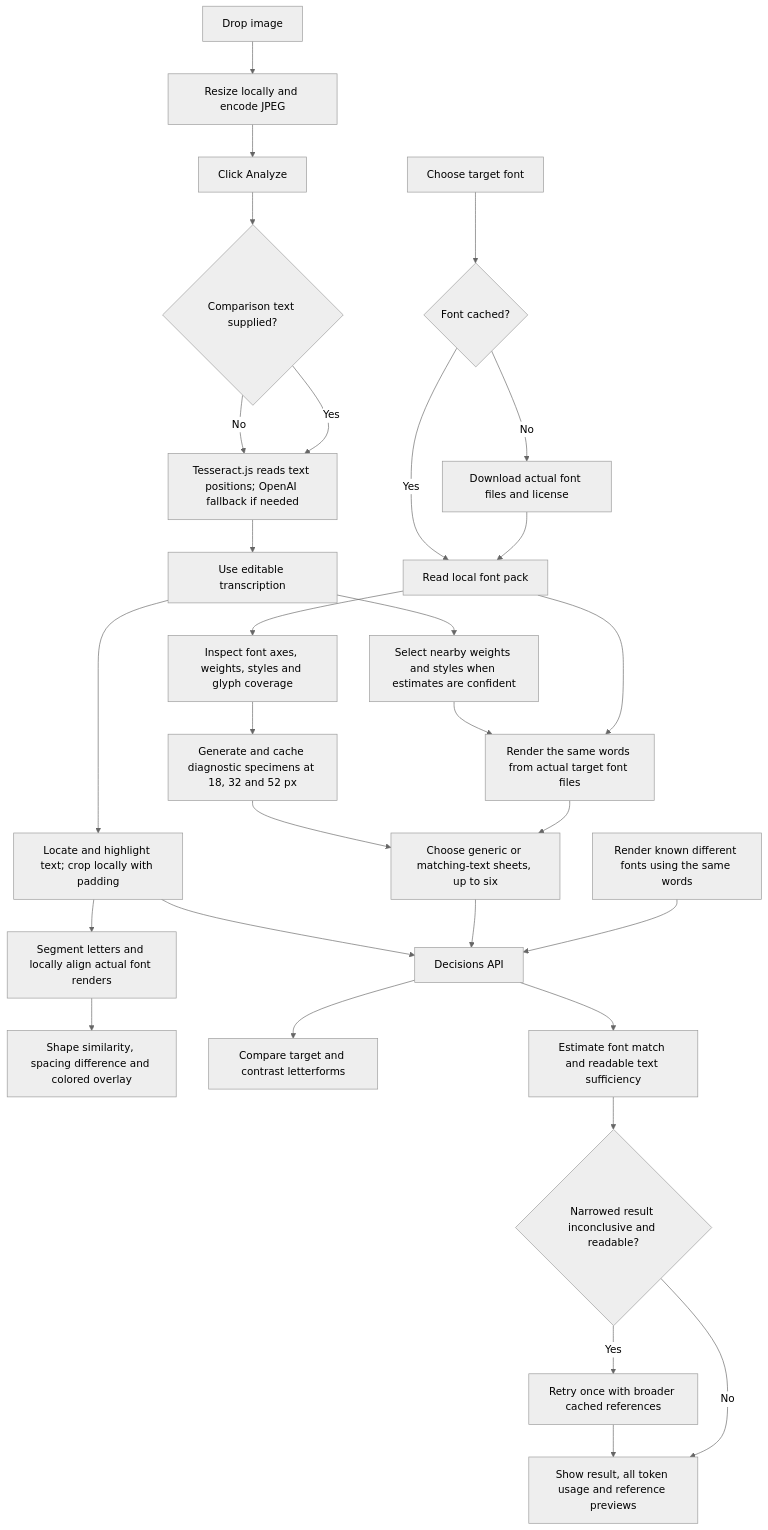
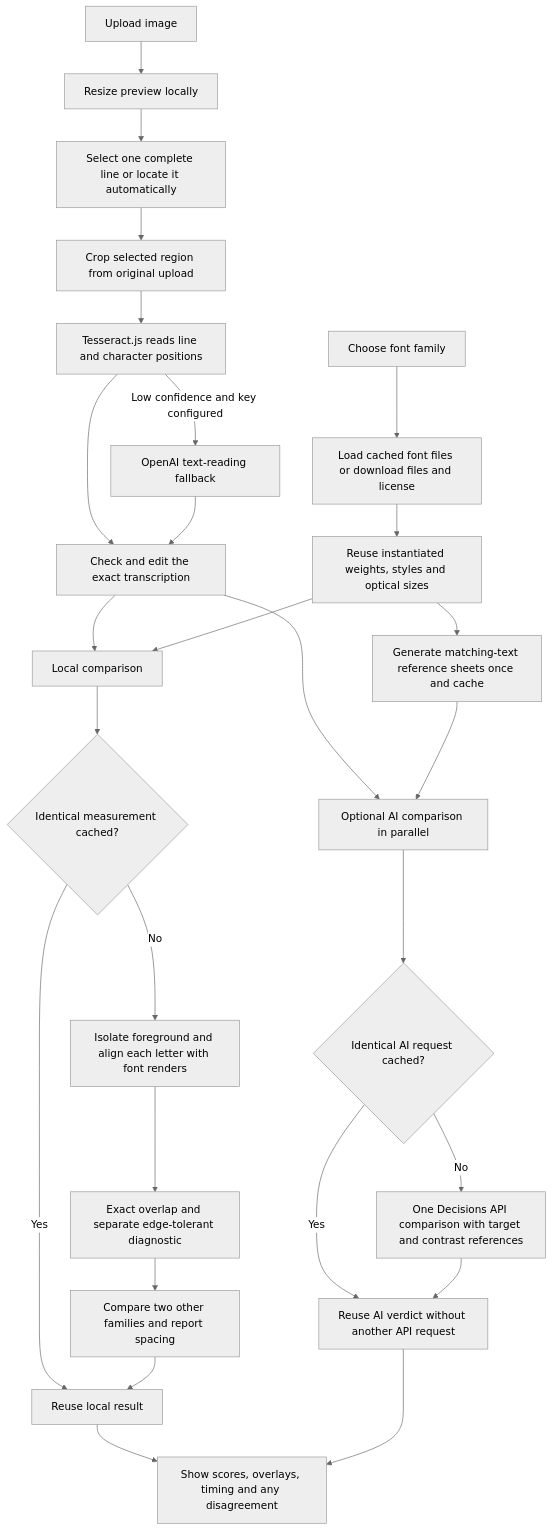
Before and after one commit to DannyRuchtie/FontsChecker: the diagram in README.md, drawn with Mermaid (neutral theme). The commit also changed other lines of this file and 32 other files, not shown here.

Commit message:
Cache font comparisons and improve letter-shape evidence

````diff
--- a/README.md
+++ b/README.md
@@ -45,32 +23,29 @@
 ```mermaid
 flowchart TD
-    A[Choose target font] --> B{Font cached?}
-    B -->|No| C[Download actual font files and license]
-    B -->|Yes| D[Read local font pack]
-    C --> D
-    D --> E[Inspect font axes, weights, styles and glyph coverage]
-    E --> F[Generate and cache diagnostic specimens at 18, 32 and 52 px]
-    G[Drop image] --> H[Resize locally and encode JPEG]
-    H --> I[Click Analyze]
-    I --> J{Comparison text supplied?}
-    J -->|No| K[Tesseract.js reads text positions; OpenAI fallback if needed]
-    J -->|Yes| K
-    K --> L[Use editable transcription]
-    L --> T[Select nearby weights and styles when estimates are confident]
-    T --> M[Render the same words from actual target font files]
-    D --> M
-    F --> N[Choose generic or matching-text sheets, up to six]
-    M --> N
-    L --> W[Locate and highlight text; crop locally with padding]
-    W --> X[Segment letters and locally align actual font renders]
-    X --> Y[Shape similarity, spacing difference and colored overlay]
-    W --> O[Decisions API]
-    N --> O
-    R[Render known different fonts using the same words] --> O
-    O --> S[Compare target and contrast letterforms]
-    O --> P[Estimate font match and readable text sufficiency]
-    P --> U{Narrowed result inconclusive and readable?}
-    U -->|Yes| V[Retry once with broader cached references]
-    V --> Q[Show result, all token usage and reference previews]
-    U -->|No| Q
+    F[Choose font family] --> P[Load cached font files or download files and license]
+    P --> I[Reuse instantiated weights, styles and optical sizes]
+    U[Upload image] --> V[Resize preview locally]
+    V --> S[Select one complete line or locate it automatically]
+    S --> C[Crop selected region from original upload]
+    C --> O[Tesseract.js reads line and character positions]
+    O --> E[Check and edit the exact transcription]
+    O -->|Low confidence and key configured| R[OpenAI text-reading fallback]
+    R --> E
+    E --> L[Local comparison]
+    E --> A[Optional AI comparison in parallel]
+    I --> L
+    I --> G[Generate matching-text reference sheets once and cache]
+    G --> A
+    L --> LC{Identical measurement cached?}
+    LC -->|Yes| LR[Reuse local result]
+    LC -->|No| M[Isolate foreground and align each letter with font renders]
+    M --> D[Exact overlap and separate edge-tolerant diagnostic]
+    D --> X[Compare two other families and report spacing]
+    X --> LR
+    A --> AC{Identical AI request cached?}
+    AC -->|Yes| AR[Reuse AI verdict without another API request]
+    AC -->|No| Q[One Decisions API comparison with target and contrast references]
+    Q --> AR
+    LR --> UI[Show scores, overlays, timing and any disagreement]
+    AR --> UI
 ```
````
